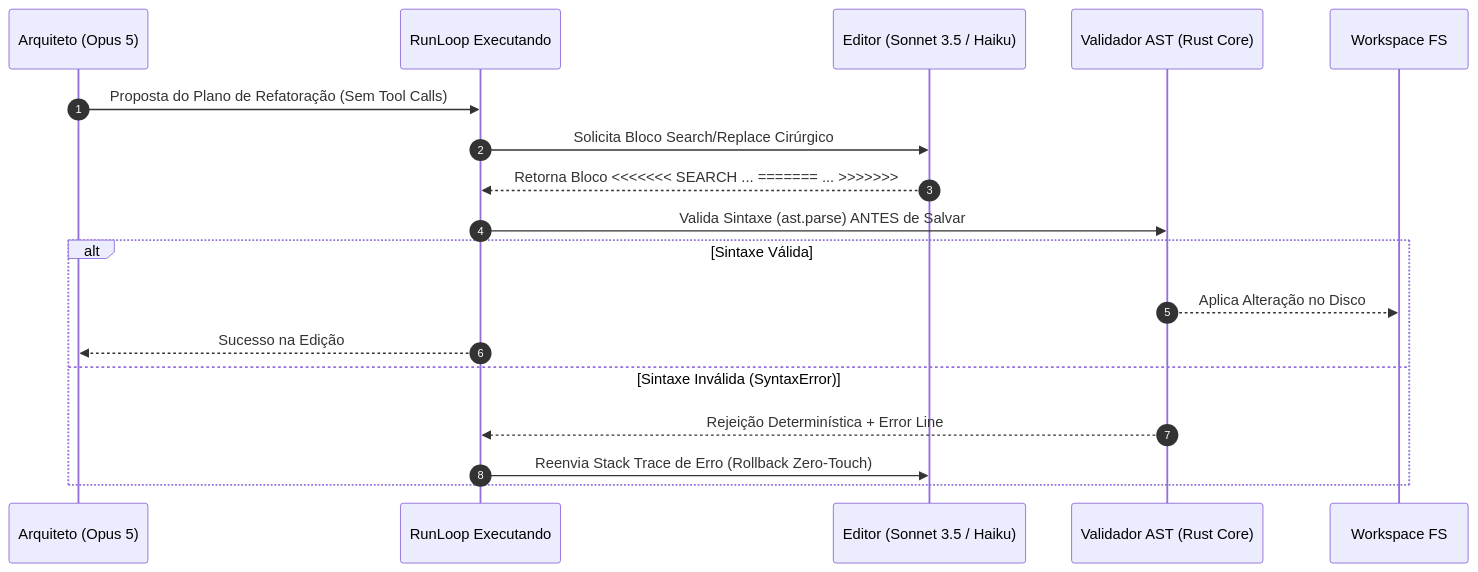
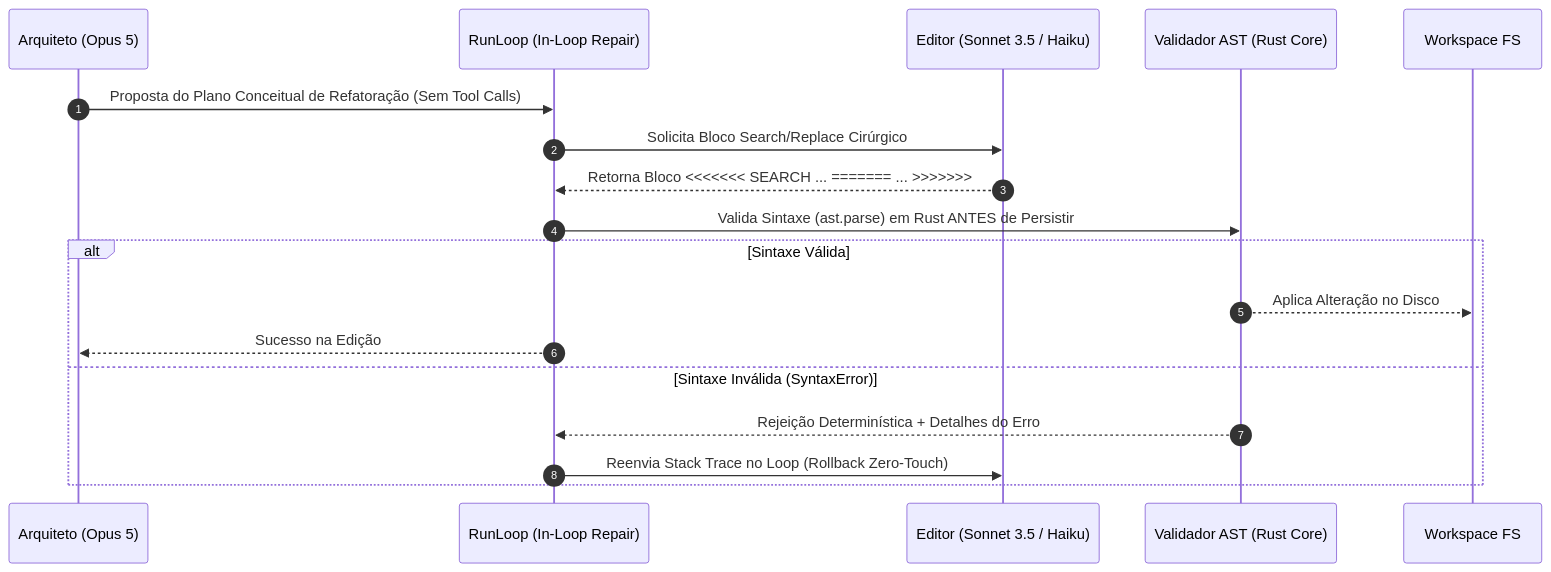
Before and after one commit to brainopensource/Harness-D-power: the first of 3 diagrams in docs/rationale/rewrite_b/rewrite_v300_decisoes_adr_B.md, drawn with Mermaid. The commit also changed other lines of this file and 7 other files, not shown here.

````diff
--- a/docs/rationale/rewrite_b/rewrite_v300_decisoes_adr_B.md
+++ b/docs/rationale/rewrite_b/rewrite_v300_decisoes_adr_B.md
@@ -29,21 +30,21 @@
 ```mermaid
 sequenceDiagram
     autonumber
     participant LLM_Arch as Arquiteto (Opus 5)
-    participant Agent as RunLoop Executando
+    participant Agent as RunLoop (In-Loop Repair)
     participant LLM_Edit as Editor (Sonnet 3.5 / Haiku)
     participant AST as Validador AST (Rust Core)
     participant FS as Workspace FS
 
-    LLM_Arch->>Agent: Proposta do Plano de Refatoração (Sem Tool Calls)
+    LLM_Arch->>Agent: Proposta do Plano Conceitual de Refatoração (Sem Tool Calls)
     Agent->>LLM_Edit: Solicita Bloco Search/Replace Cirúrgico
     LLM_Edit-->>Agent: Retorna Bloco <<<<<<< SEARCH ... ======= ... >>>>>>>
-    Agent->>AST: Valida Sintaxe (ast.parse) ANTES de Salvar
+    Agent->>AST: Valida Sintaxe (ast.parse) em Rust ANTES de Persistir
     alt Sintaxe Válida
         AST-->>FS: Aplica Alteração no Disco
         Agent-->>LLM_Arch: Sucesso na Edição
     else Sintaxe Inválida (SyntaxError)
-        AST-->>Agent: Rejeição Determinística + Error Line
-        Agent->>LLM_Edit: Reenvia Stack Trace de Erro (Rollback Zero-Touch)
+        AST-->>Agent: Rejeição Determinística + Detalhes do Erro
+        Agent->>LLM_Edit: Reenvia Stack Trace no Loop (Rollback Zero-Touch)
     end
 ```
````
